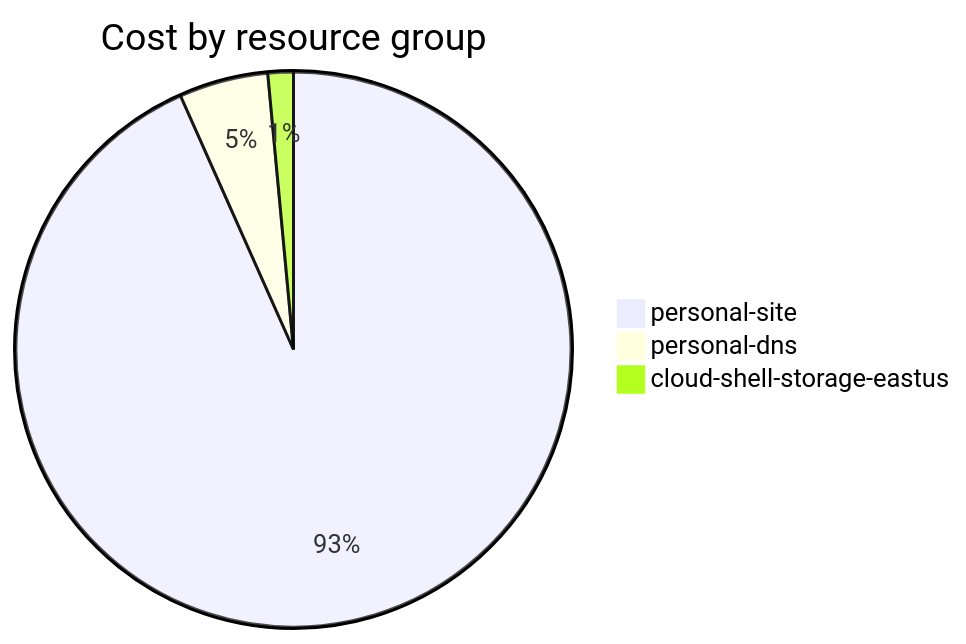
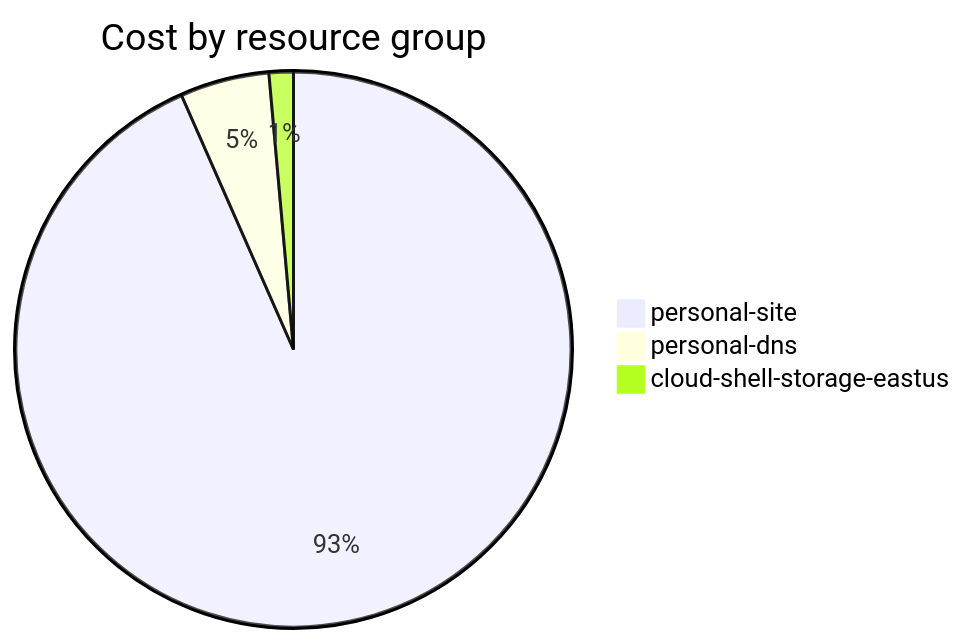
The fourth of 4 diagrams in cost-reports/accumulated-cost.md (jpfulton/azure-personal-reports), drawn with Mermaid before and after one commit. The commit also changed other lines of this file and 4 other files, not shown here.

````diff
--- a/cost-reports/accumulated-cost.md
+++ b/cost-reports/accumulated-cost.md
@@ -139,7 +139,7 @@
 ```mermaid
 pie
    title Cost by resource group
-   "personal-site" : 1.26
-   "personal-dns" : 0.07
-   "cloud-shell-storage-eastus" : 0.02
+   "personal-site" : 1.98
+   "personal-dns" : 0.11
+   "cloud-shell-storage-eastus" : 0.03
 ```
````
